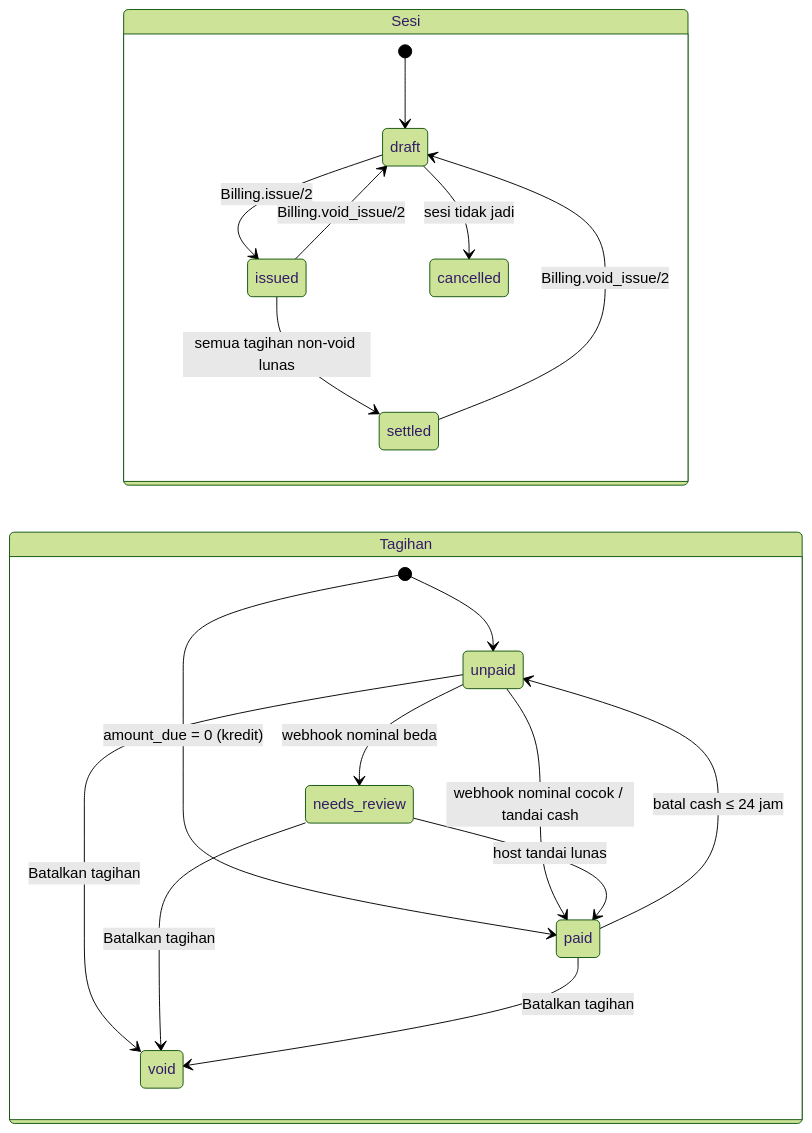
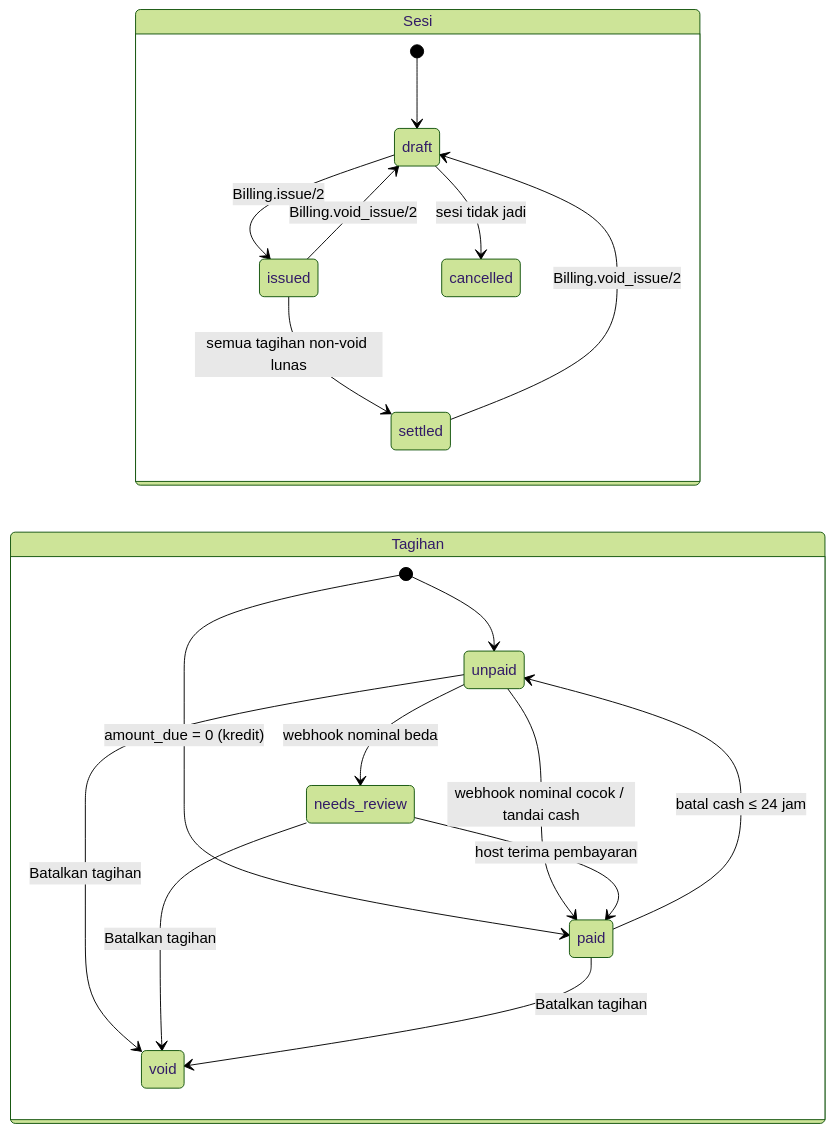
The second of 2 diagrams in docs/spec.md (zaychoer/petepete), drawn with Mermaid (forest theme) before and after one commit. The commit also changed other lines of this file and 24 other files, not shown here.

````diff
--- a/docs/spec.md
+++ b/docs/spec.md
@@ -74,23 +81,23 @@
 ```mermaid
 stateDiagram-v2
     direction LR
     state "Sesi" as S {
         [*] --> draft
         draft --> issued: Billing.issue/2
         draft --> cancelled: sesi tidak jadi
         issued --> settled: semua tagihan non-void lunas
         issued --> draft: Billing.void_issue/2
         settled --> draft: Billing.void_issue/2
     }
     state "Tagihan" as B {
         [*] --> unpaid
         [*] --> paid: amount_due = 0 (kredit)
         unpaid --> paid: webhook nominal cocok / tandai cash
         unpaid --> needs_review: webhook nominal beda
-        needs_review --> paid: host tandai lunas
+        needs_review --> paid: host terima pembayaran
         paid --> unpaid: batal cash ≤ 24 jam
         unpaid --> void: Batalkan tagihan
         needs_review --> void: Batalkan tagihan
         paid --> void: Batalkan tagihan
     }
 ```
````
